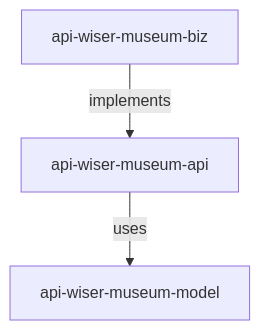
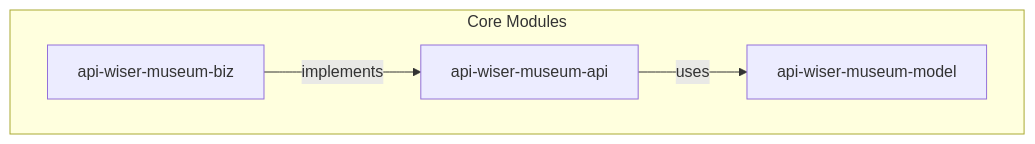
One commit to org-metalib/api-wiser-showcase changed the first of 2 diagrams in api-wiser-museum.md. Above: the diagram before and after it, drawn with Mermaid. The commit also changed other lines of this file, not shown here.

Commit message:
updated api-wiser-museum

````diff
--- a/api-wiser-museum.md
+++ b/api-wiser-museum.md
@@ -34,9 +40,11 @@
 ```mermaid
 flowchart TB
-  model[api-wiser-museum-model]
-  api[api-wiser-museum-api]
-  biz[api-wiser-museum-biz]
+  subgraph Core Modules
+    model[api-wiser-museum-model]
+    api[api-wiser-museum-api]
+    biz[api-wiser-museum-biz]
+  end
 
   biz -->| implements | api
   api -->| uses | model
 ```
````
